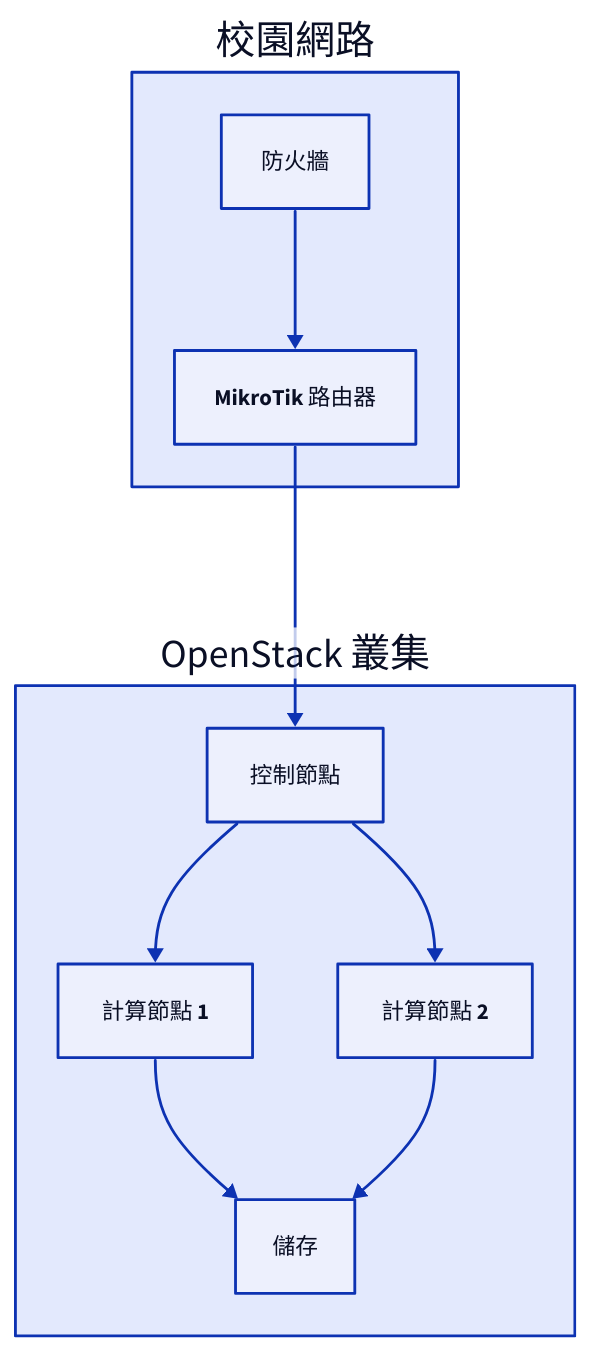
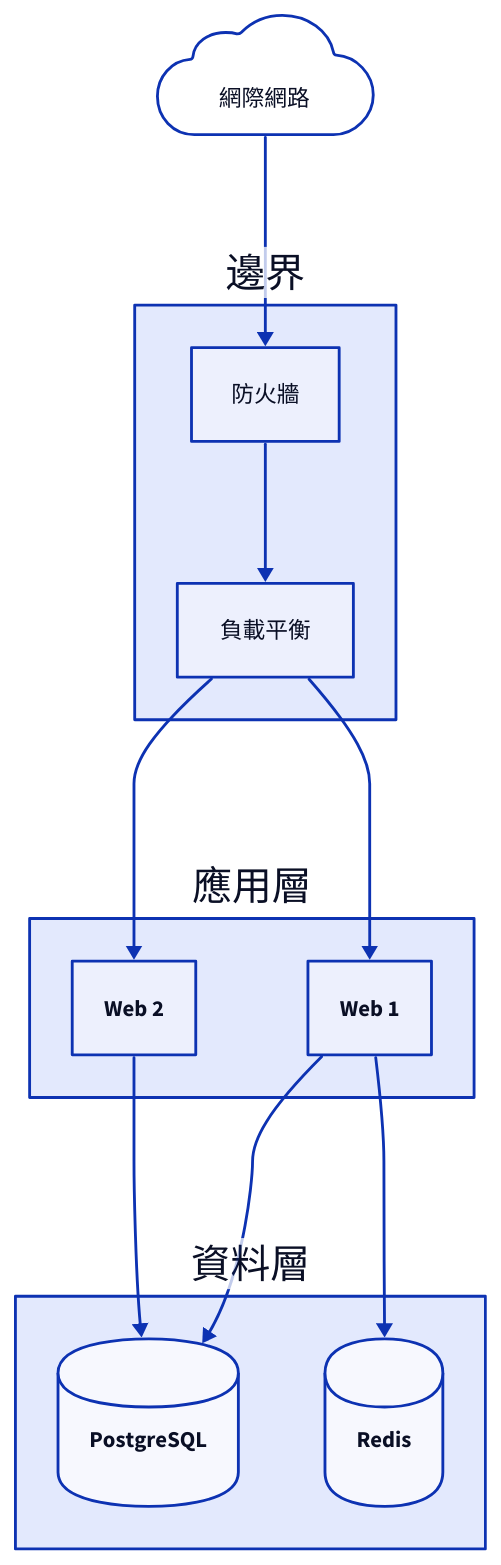
One commit to HiDomesticCat/blog changed the sixth of 13 diagrams in content/zh/posts/tech-rendering-demo/index.md. Above: the diagram before and after it, drawn with D2. The commit also changed other lines of this file and 2 other files, not shown here.

```diff
--- a/content/zh/posts/tech-rendering-demo/index.md
+++ b/content/zh/posts/tech-rendering-demo/index.md
@@ -97,22 +166,28 @@
-{{< d2 sketch="true" layout="elk" caption="實驗室網路分層（手繪風 + ELK 佈局）" >}}
+{{< d2 layout="elk" caption="容器可以無限巢狀，連線能跨層" >}}
 direction: down
 
-net: 校園網路 {
+internet: 網際網路 {shape: cloud}
+
+edge: 邊界 {
   fw: 防火牆
-  mikrotik: MikroTik 路由器
+  lb: 負載平衡
+  fw -> lb
 }
 
-lab: OpenStack 叢集 {
-  ctrl: 控制節點
-  c1: 計算節點 1
-  c2: 計算節點 2
-  ceph: 儲存
+app: 應用層 {
+  web1: Web 1
+  web2: Web 2
 }
 
-net.fw -> net.mikrotik
-net.mikrotik -> lab.ctrl
-lab.ctrl -> lab.c1
-lab.ctrl -> lab.c2
-lab.c1 -> lab.ceph
-lab.c2 -> lab.ceph
+data: 資料層 {
+  pg: PostgreSQL {shape: cylinder}
+  redis: Redis {shape: cylinder}
+}
+
+internet -> edge.fw
+edge.lb -> app.web1
+edge.lb -> app.web2
+app.web1 -> data.pg
+app.web2 -> data.pg
+app.web1 -> data.redis
 {{< /d2 >}}
```
